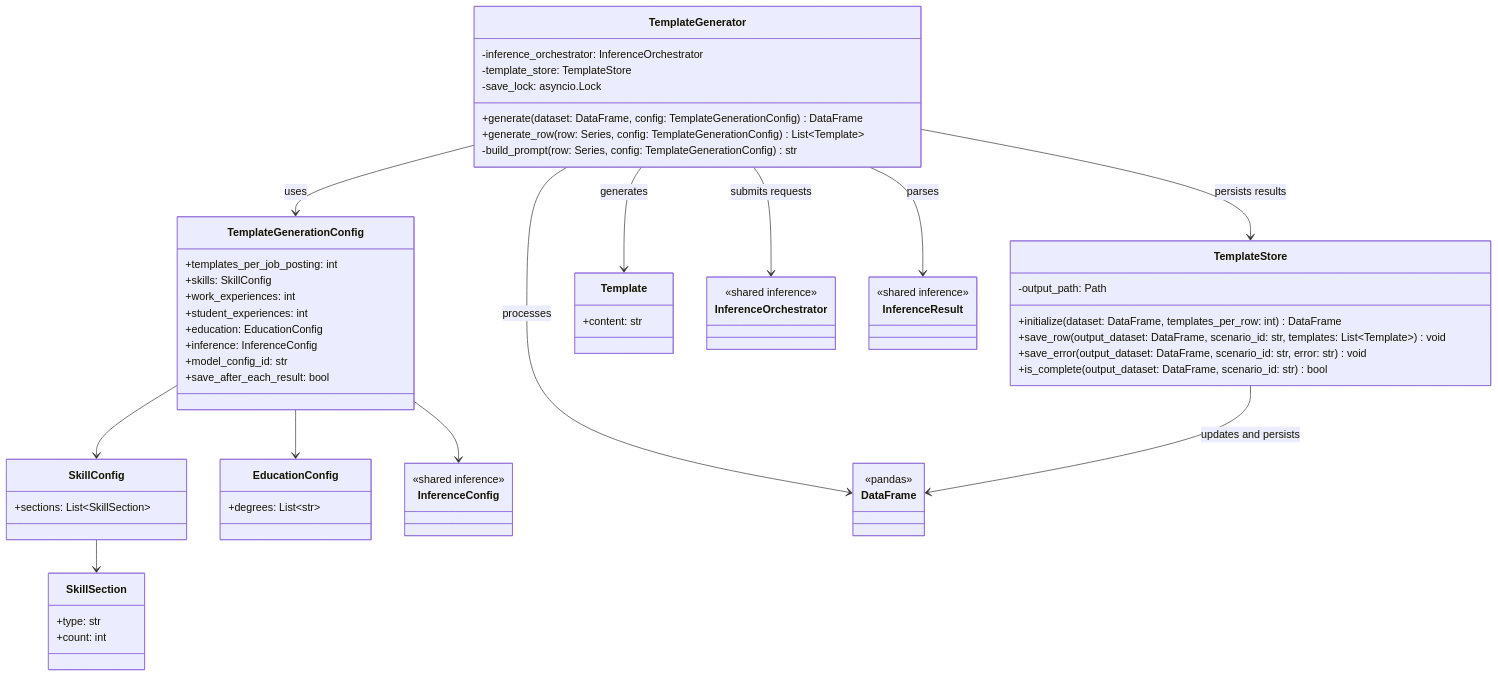
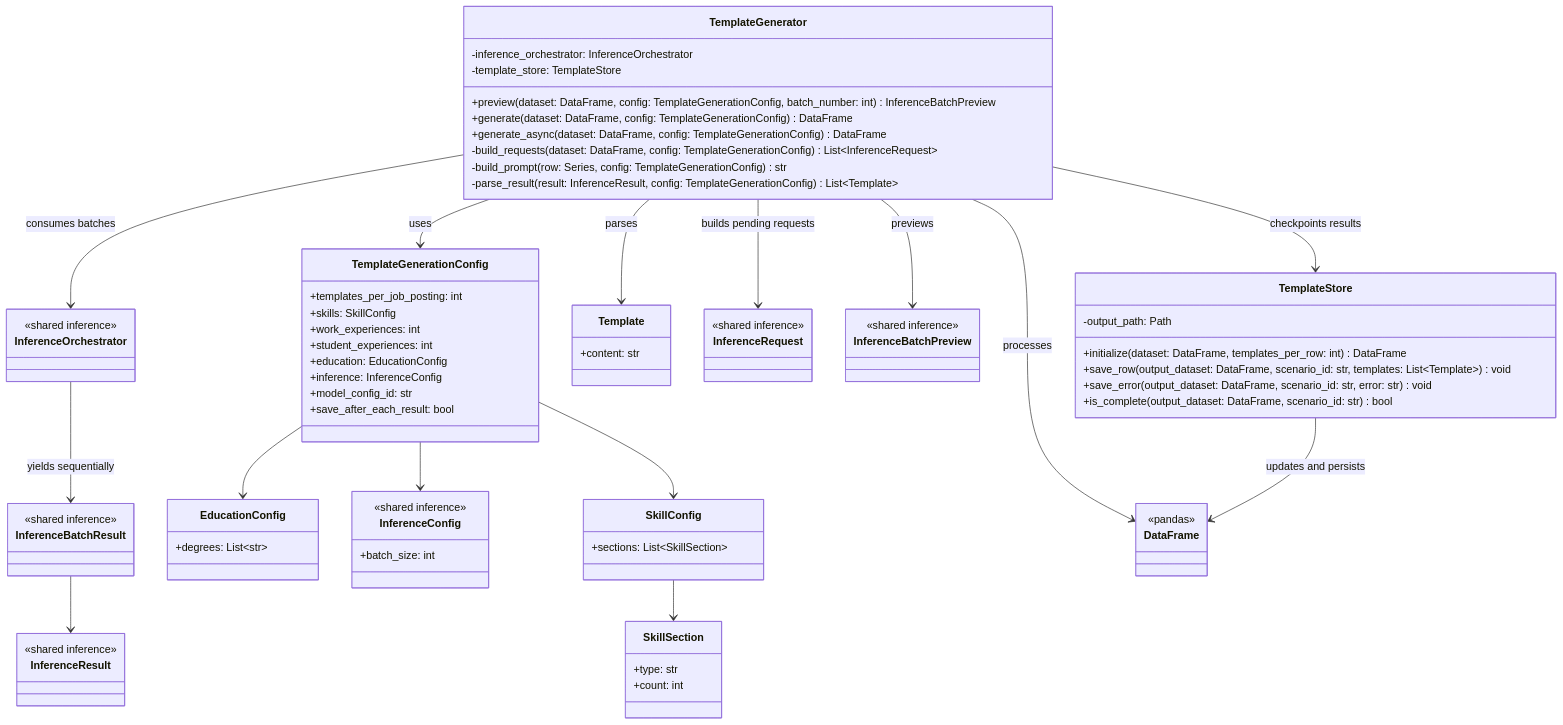
The diagram in docs/architecture/template_generation.mmd (KirillUtyashev/LLM_AuditKit), drawn with Mermaid before and after one commit. The commit also changed 9 other files, not shown here.

Commit message:
Document batched sync and async inference

```diff
--- a/docs/architecture/template_generation.mmd
+++ b/docs/architecture/template_generation.mmd
@@ -1,66 +1,81 @@
 ---
 config:
   theme: mc
 ---
 classDiagram
     class TemplateGenerationConfig {
         +templates_per_job_posting: int
         +skills: SkillConfig
         +work_experiences: int
         +student_experiences: int
         +education: EducationConfig
         +inference: InferenceConfig
         +model_config_id: str
         +save_after_each_result: bool
     }
     class SkillConfig {
         +sections: List~SkillSection~
     }
     class SkillSection {
         +type: str
         +count: int
     }
     class EducationConfig {
         +degrees: List~str~
     }
     class TemplateGenerator {
         -inference_orchestrator: InferenceOrchestrator
         -template_store: TemplateStore
-        -save_lock: asyncio.Lock
+        +preview(dataset: DataFrame, config: TemplateGenerationConfig, batch_number: int) InferenceBatchPreview
         +generate(dataset: DataFrame, config: TemplateGenerationConfig) DataFrame
-        +generate_row(row: Series, config: TemplateGenerationConfig) List~Template~
+        +generate_async(dataset: DataFrame, config: TemplateGenerationConfig) DataFrame
+        -build_requests(dataset: DataFrame, config: TemplateGenerationConfig) List~InferenceRequest~
         -build_prompt(row: Series, config: TemplateGenerationConfig) str
+        -parse_result(result: InferenceResult, config: TemplateGenerationConfig) List~Template~
     }
     class TemplateStore {
         -output_path: Path
         +initialize(dataset: DataFrame, templates_per_row: int) DataFrame
         +save_row(output_dataset: DataFrame, scenario_id: str, templates: List~Template~) void
         +save_error(output_dataset: DataFrame, scenario_id: str, error: str) void
         +is_complete(output_dataset: DataFrame, scenario_id: str) bool
     }
     class Template {
         +content: str
     }
     class InferenceConfig {
         <<shared inference>>
+        +batch_size: int
     }
-    class InferenceOrchestrator {
+    class InferenceRequest {
+        <<shared inference>>
+    }
+    class InferenceBatchPreview {
+        <<shared inference>>
+    }
+    class InferenceBatchResult {
         <<shared inference>>
     }
     class InferenceResult {
+        <<shared inference>>
+    }
+    class InferenceOrchestrator {
         <<shared inference>>
     }
     class DataFrame {
         <<pandas>>
     }
     TemplateGenerationConfig --> SkillConfig
     SkillConfig --> SkillSection
     TemplateGenerationConfig --> EducationConfig
     TemplateGenerationConfig --> InferenceConfig
-    TemplateGenerator --> InferenceOrchestrator : submits requests
-    TemplateGenerator --> InferenceResult : parses
+    TemplateGenerator --> InferenceRequest : builds pending requests
+    TemplateGenerator --> InferenceBatchPreview : previews
+    TemplateGenerator --> InferenceOrchestrator : consumes batches
+    InferenceOrchestrator --> InferenceBatchResult : yields sequentially
+    InferenceBatchResult --> InferenceResult
     TemplateGenerator --> TemplateGenerationConfig : uses
-    TemplateGenerator --> TemplateStore : persists results
+    TemplateGenerator --> TemplateStore : checkpoints results
     TemplateGenerator --> DataFrame : processes
-    TemplateGenerator --> Template : generates
+    TemplateGenerator --> Template : parses
     TemplateStore --> DataFrame : updates and persists
```
